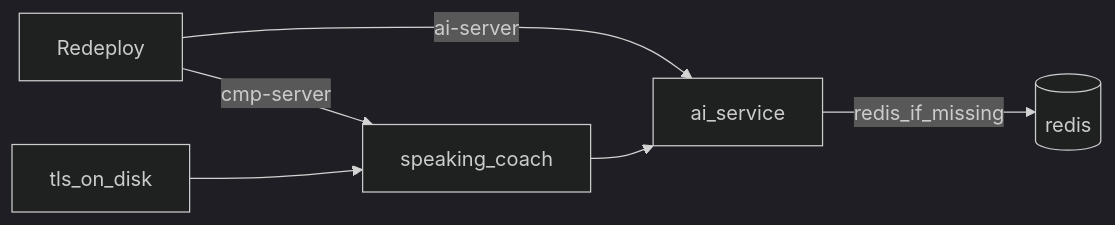
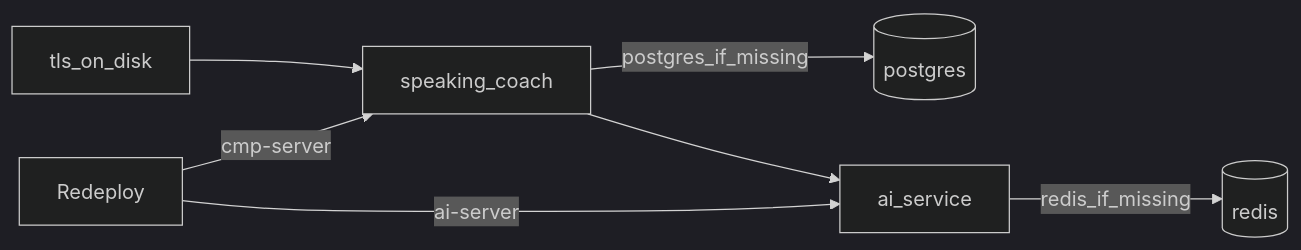
One commit to greenblat17/1billion-dollar-startup changed the diagram in ai_docs/deploy.md. Above: the diagram before and after it, drawn with Mermaid (dark theme). The commit also changed other lines of this file and 38 other files, not shown here.

First line of the commit message:
Add the mobile app API and start Postgres on the Ktor host like Redis on AI.

````diff
--- a/ai_docs/deploy.md
+++ b/ai_docs/deploy.md
@@ -24,13 +26,15 @@
 ```mermaid
 flowchart LR
   redeploy[Redeploy]
   ktor[speaking_coach]
+  postgres[(postgres)]
   ai[ai_service]
   redis[(redis)]
   tls[tls_on_disk]
   redeploy -->|cmp-server| ktor
   redeploy -->|ai-server| ai
   ai -->|redis_if_missing| redis
+  ktor -->|postgres_if_missing| postgres
   ktor --> ai
   tls --> ktor
 ```
````
